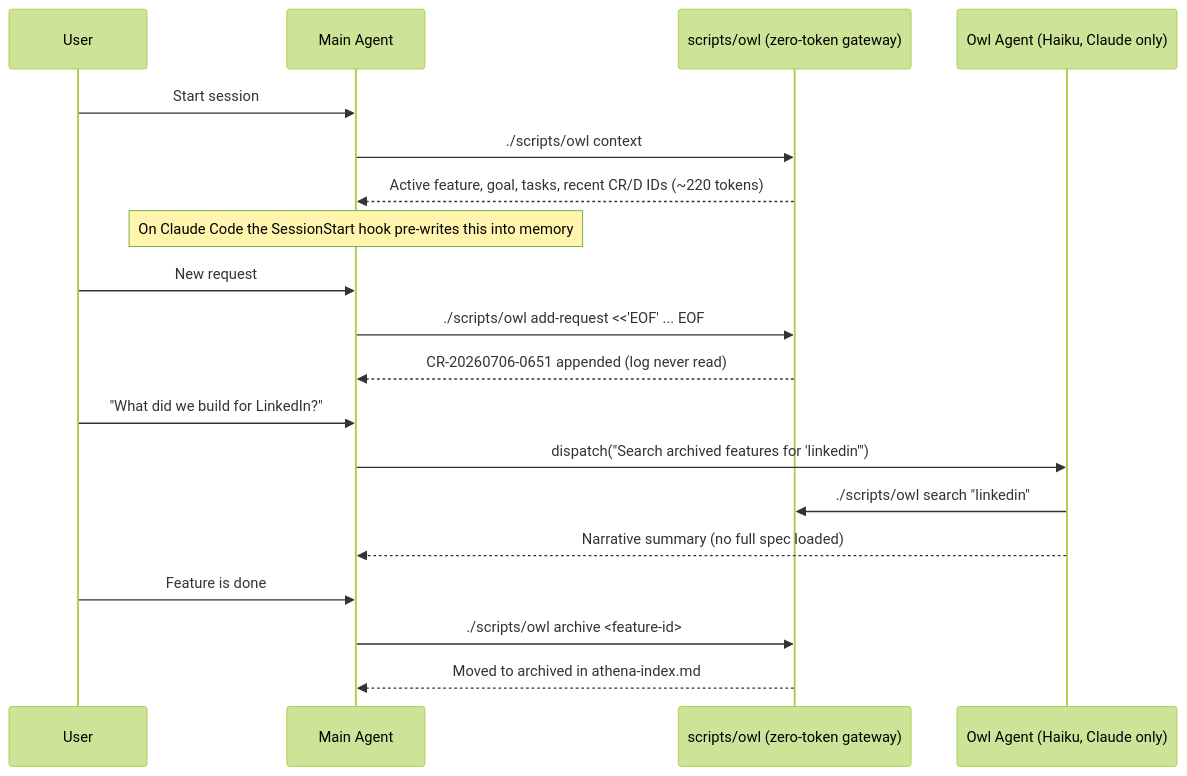
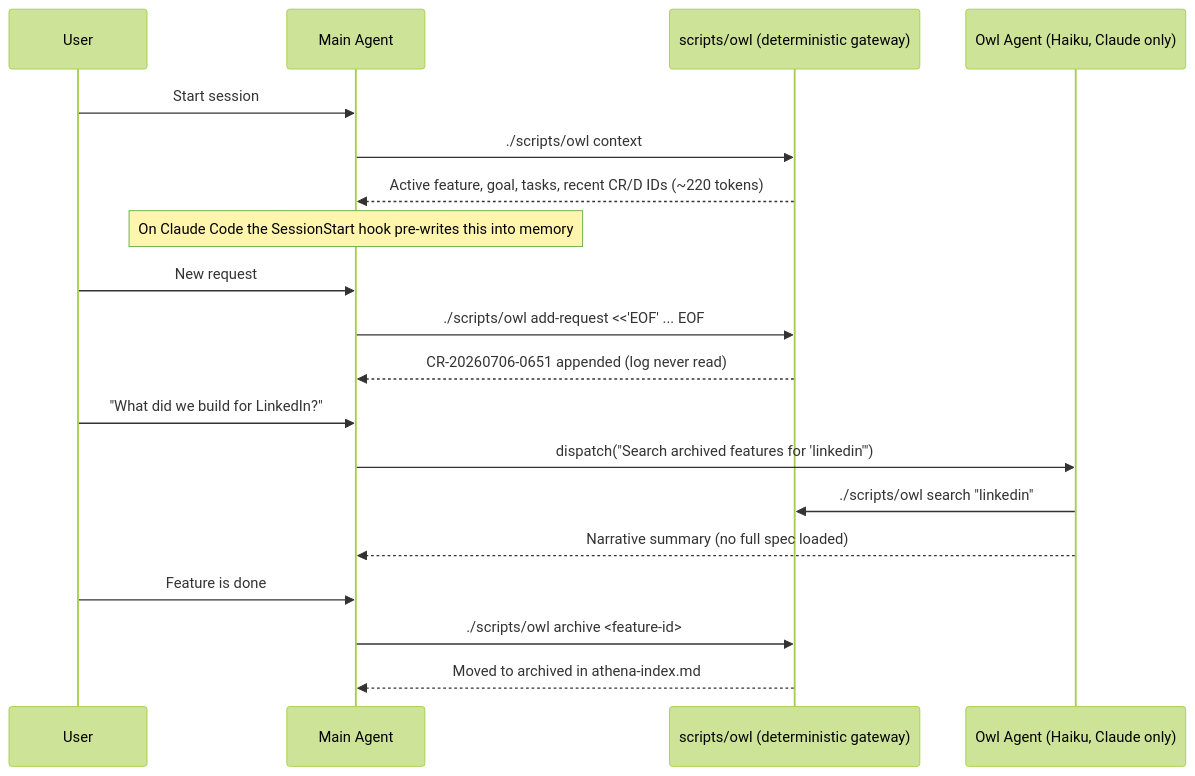
One commit to taylorparsons/athena-skill changed the first of 3 diagrams in README.md. Above: the diagram before and after it, drawn with Mermaid (forest theme). The commit also changed other lines of this file and 25 other files, not shown here.

````diff
--- a/README.md
+++ b/README.md
@@ -240,25 +242,25 @@
 ```mermaid
 sequenceDiagram
     participant U as User
     participant M as Main Agent
-    participant S as scripts/owl (zero-token gateway)
+    participant S as scripts/owl (deterministic gateway)
     participant O as Owl Agent (Haiku, Claude only)
 
     U->>M: Start session
     M->>S: ./scripts/owl context
     S-->>M: Active feature, goal, tasks, recent CR/D IDs (~220 tokens)
     Note over M: On Claude Code the SessionStart hook pre-writes this into memory
 
     U->>M: New request
     M->>S: ./scripts/owl add-request <<'EOF' ... EOF
     S-->>M: CR-20260706-0651 appended (log never read)
 
     U->>M: "What did we build for LinkedIn?"
     M->>O: dispatch("Search archived features for 'linkedin'")
     O->>S: ./scripts/owl search "linkedin"
     O-->>M: Narrative summary (no full spec loaded)
 
     U->>M: Feature is done
     M->>S: ./scripts/owl archive <feature-id>
     S-->>M: Moved to archived in athena-index.md
 ```
````
